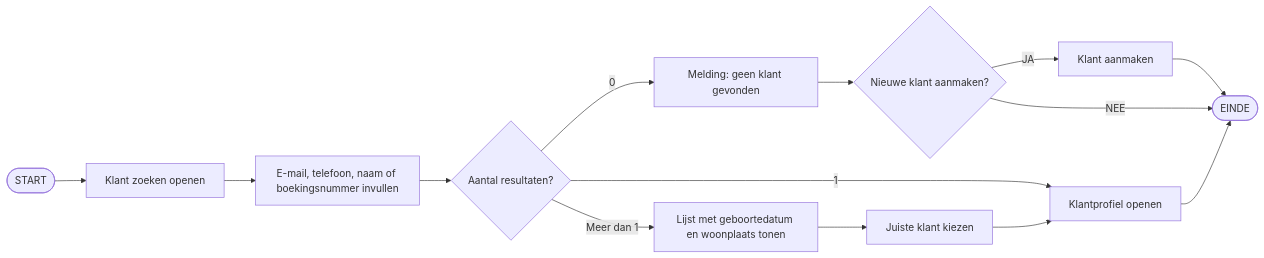
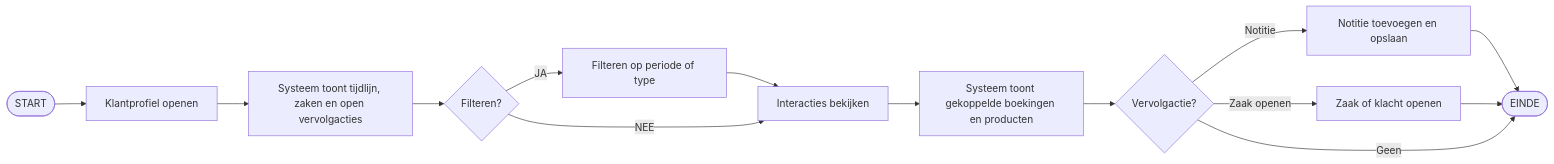
Before and after one commit to VoyageVista1/GroepInkoop: the third of 13 diagrams in docs/ontwerp/use-cases-klantenservice.md, drawn with Mermaid. The commit also changed other lines of this file and 3 other files, not shown here.

````diff
--- a/docs/ontwerp/use-cases-klantenservice.md
+++ b/docs/ontwerp/use-cases-klantenservice.md
@@ -148,9 +284,27 @@
 ```mermaid
 flowchart LR
-    S(["START"]) --> A["Klant zoeken openen"] --> B["E-mail, telefoon, naam of boekingsnummer invullen"] --> C{"Aantal resultaten?"}
-    C -- "0" --> D["Melding: geen klant gevonden"] --> E{"Nieuwe klant aanmaken?"}
-    E -- "JA" --> F["Klant aanmaken"] --> Z(["EINDE"])
-    E -- "NEE" --> Z
-    C -- "1" --> G["Klantprofiel openen"] --> Z
-    C -- "Meer dan 1" --> H["Lijst met geboortedatum en woonplaats tonen"] --> I["Juiste klant kiezen"] --> G
+    N0(["START"])
+    N1["Klantprofiel openen"]
+    N2["Systeem toont tijdlijn, zaken en open vervolgacties"]
+    N3{"Filteren?"}
+    N4["Filteren op periode of type"]
+    N5["Interacties bekijken"]
+    N6["Systeem toont gekoppelde boekingen en producten"]
+    N7{"Vervolgactie?"}
+    N8["Zaak of klacht openen"]
+    N9["Notitie toevoegen en opslaan"]
+    N10(["EINDE"])
+    N0 --> N1
+    N1 --> N2
+    N2 --> N3
+    N3 -- "JA" --> N4
+    N4 --> N5
+    N3 -- "NEE" --> N5
+    N5 --> N6
+    N6 --> N7
+    N7 -- "Zaak openen" --> N8
+    N7 -- "Notitie" --> N9
+    N9 --> N10
+    N8 --> N10
+    N7 -- "Geen" --> N10
 ```
````
